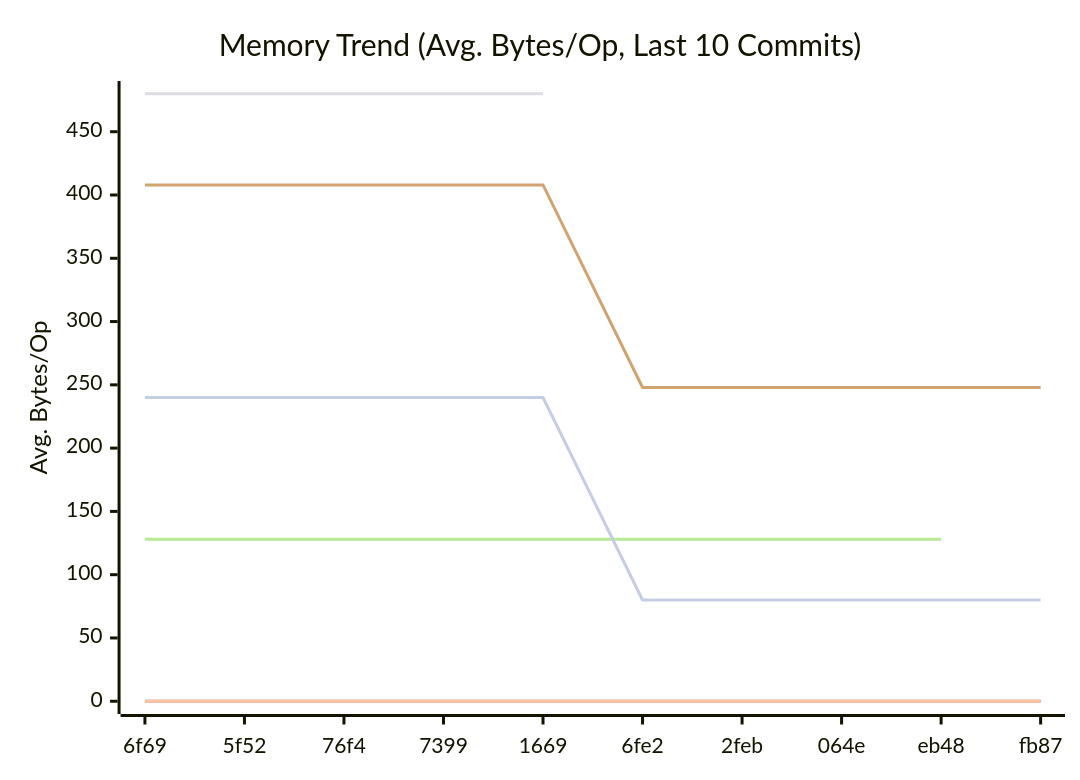
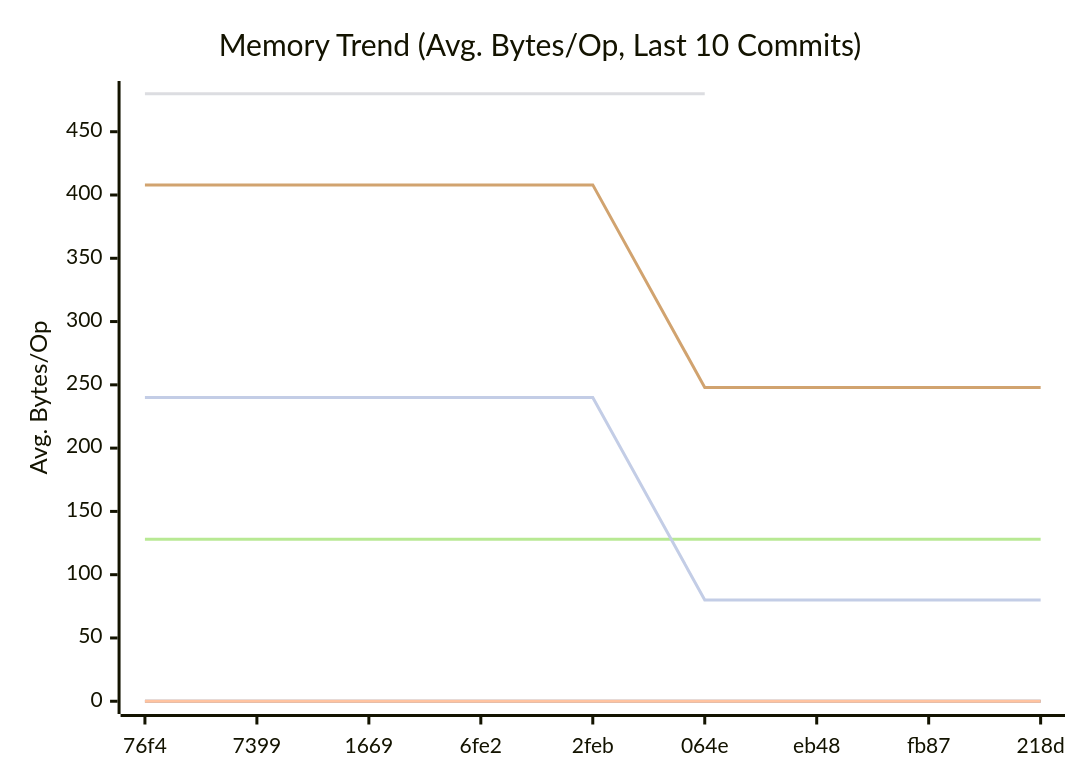
One commit to alsotoes/momo changed the second of 3 diagrams in doc/README.md. Above: the diagram before and after it, drawn with Mermaid. The commit also changed other lines of this file and 1 other file, not shown here.

````diff
--- a/doc/README.md
+++ b/doc/README.md
@@ -311,14 +311,14 @@
 ```mermaid
 xychart-beta
     title "Memory Trend (Avg. Bytes/Op, Last 10 Commits)"
     x-axis "Commit"
     y-axis "Avg. Bytes/Op"
-    x-axis [6f69,5f52,76f4,7399,1669,6fe2,2feb,064e,eb48,fb87]
+    x-axis [76f4,7399,1669,6fe2,2feb,064e,eb48,fb87,218d]
     line "CheckMetricsAndSwap" [0,0,0,0,0,0,0,0,0,0]
     line "IndexDirectTracking" [0,0,0,0,0,0,0,0,0,0]
     line "IndexSearch" [0,0,0,0,0,0,0,0,0,0]
-    line "LoadGlobalConfig" [480,480,480,480,480]
-    line "PadString" [128,128,128,128,128,128,128,128,128]
+    line "LoadGlobalConfig" [480,480,480,480,480,480]
+    line "PadString" [128,128,128,128,128,128,128,128,128,128]
     line "ParseReplicationOrder_NoPrealloc" [408,408,408,408,408,248,248,248,248,248]
     line "ParseReplicationOrder_Prealloc" [240,240,240,240,240,80,80,80,80,80]
 ```
````
